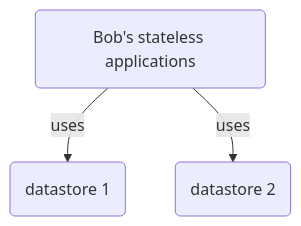
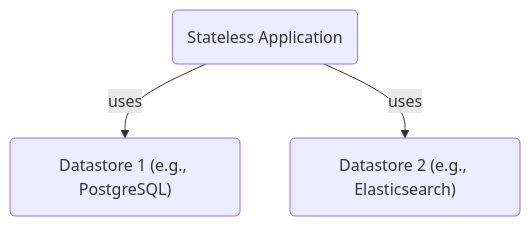
The first of 3 diagrams in src/meet_fdb/another_db.md (PierreZ/fdb-book), drawn with Mermaid before and after one commit. The commit also changed other lines of this file and 18 other files, not shown here.

````diff
--- a/src/meet_fdb/another_db.md
+++ b/src/meet_fdb/another_db.md
@@ -49,9 +34,9 @@
 ```mermaid
 flowchart TD
-    id1(Bob's stateless applications)
-    id2(datastore 1)
-    id3(datastore 2)
-    
-    id1 -- uses --> id2
-    id1 -- uses --> id3
+    app("Stateless Application")
+    db1("Datastore 1 (e.g., PostgreSQL)")
+    db2("Datastore 2 (e.g., Elasticsearch)")
+
+    app -- uses --> db1
+    app -- uses --> db2
 ```
````
